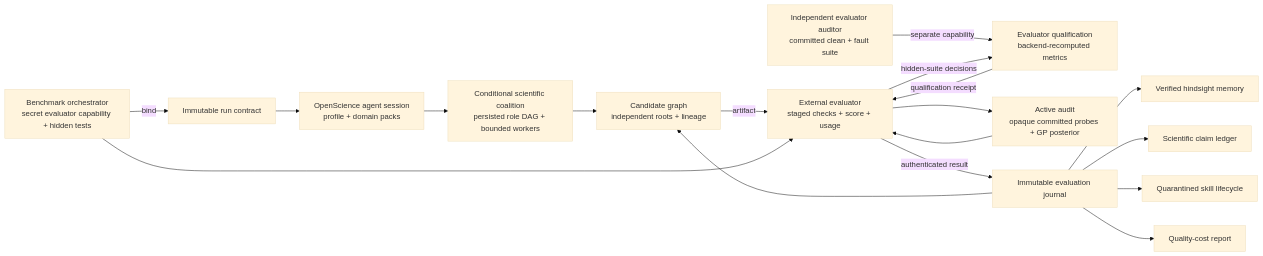
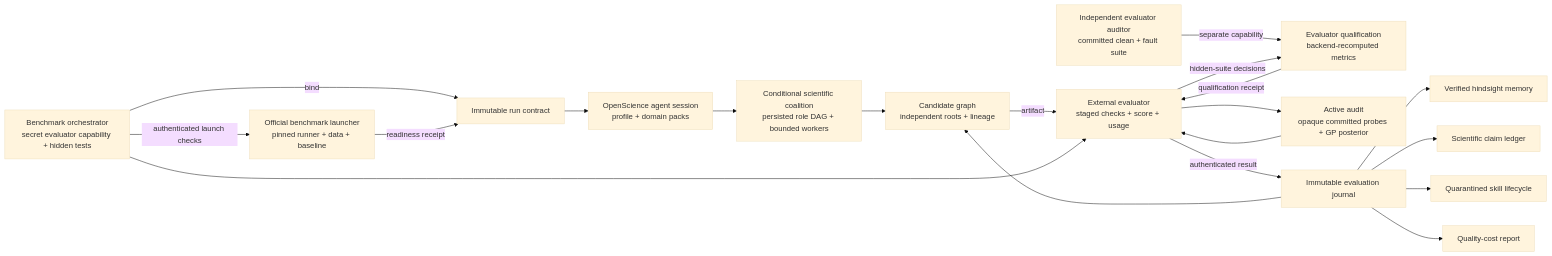
Before and after one commit to synthetic-sciences/openscience: the diagram in docs/HARNESS.md, drawn with Mermaid (base theme). The commit also changed other lines of this file and 23 other files, not shown here.

Commit message:
feat(harness): attest official benchmark launches

````diff
--- a/docs/HARNESS.md
+++ b/docs/HARNESS.md
@@ -26,35 +27,38 @@
 ```mermaid
 flowchart LR
     O["Benchmark orchestrator\nsecret evaluator capability + hidden tests"]
+    L["Official benchmark launcher\npinned runner + data + baseline"]
     C["Immutable run contract"]
     A["OpenScience agent session\nprofile + domain packs"]
     Q["Conditional scientific coalition\npersisted role DAG + bounded workers"]
     G["Candidate graph\nindependent roots + lineage"]
     E["External evaluator\nstaged checks + score + usage"]
     V["Independent evaluator auditor\ncommitted clean + fault suite"]
     W["Evaluator qualification\nbackend-recomputed metrics"]
     U["Active audit\nopaque committed probes + GP posterior"]
     J["Immutable evaluation journal"]
     M["Verified hindsight memory"]
     K["Scientific claim ledger"]
     S["Quarantined skill lifecycle"]
     R["Quality-cost report"]
 
     O -->|bind| C
+    O -->|authenticated launch checks| L
+    L -->|readiness receipt| C
     C --> A
     A --> Q
     Q --> G
     G -->|artifact| E
     O --> E
     V -->|separate capability| W
     E -->|hidden-suite decisions| W
     W -->|qualification receipt| E
     E --> U
     U --> E
     E -->|authenticated result| J
     J --> G
     J --> M
     J --> K
     J --> S
     J --> R
 ```
````
